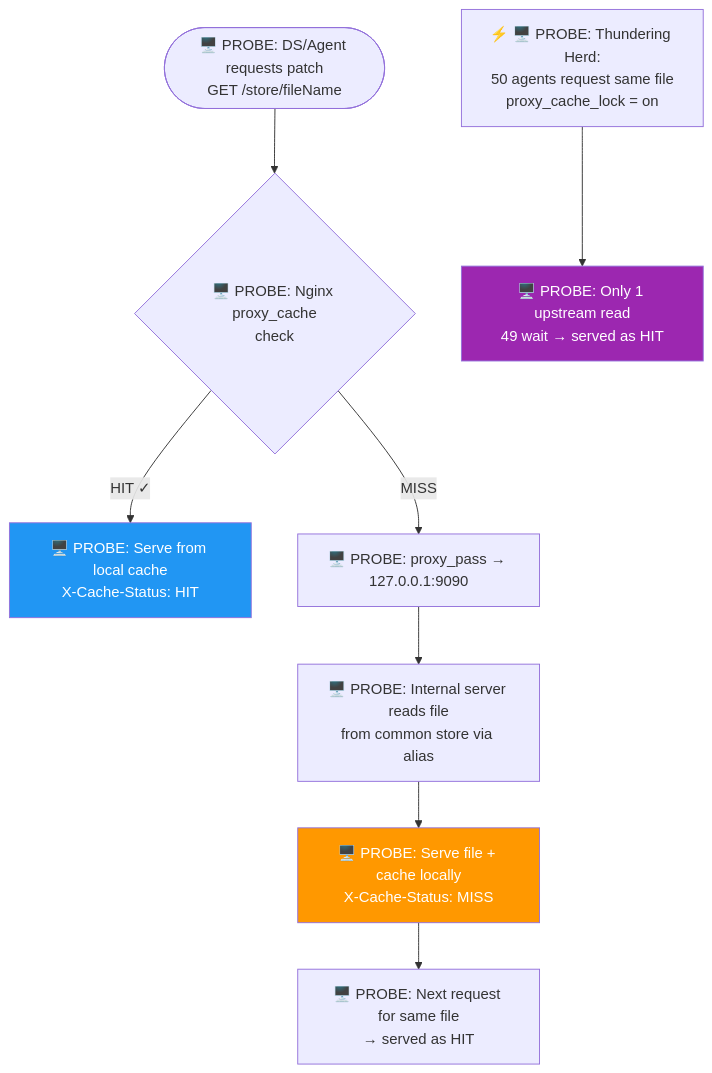
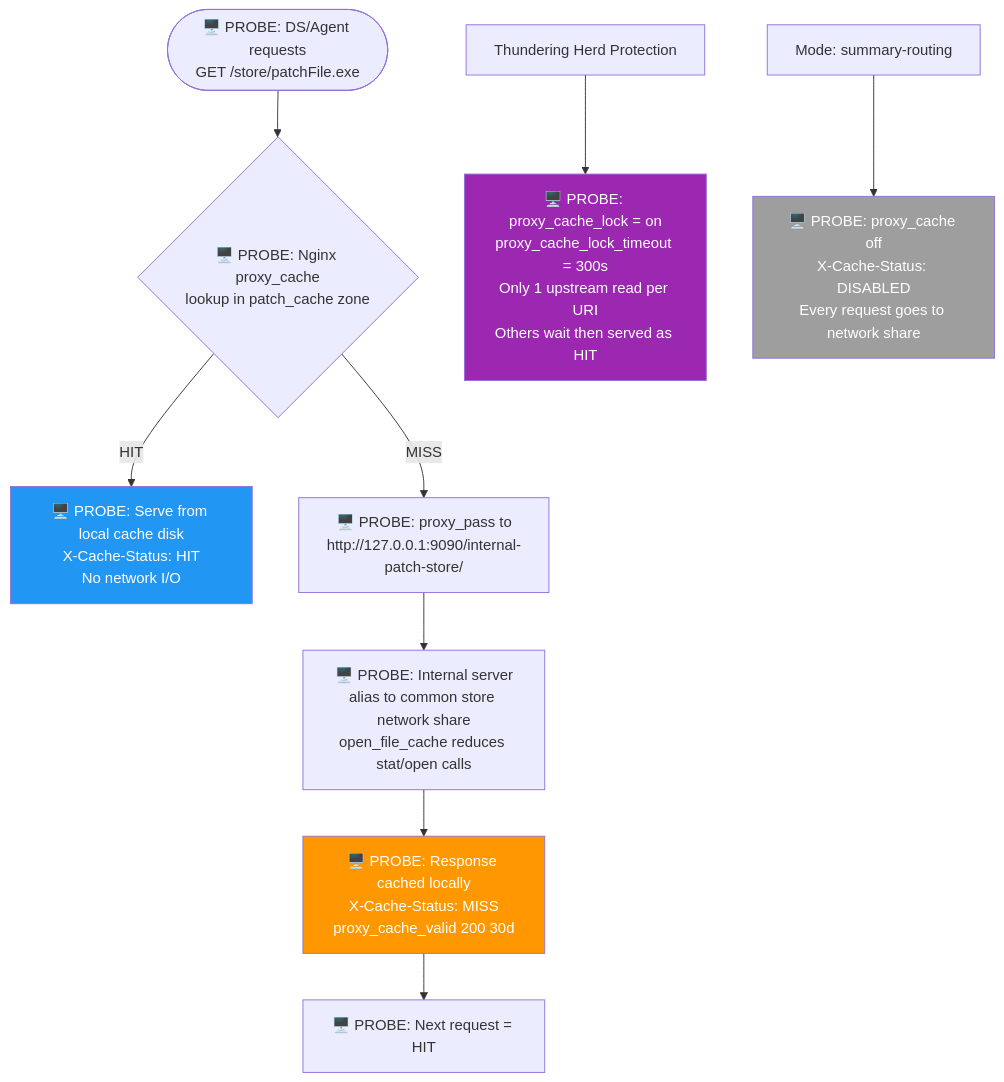
Diagram 15 of 31 in use-case-diagrams.md (ranjithkumar-a-23525/RebaseEx), drawn with Mermaid before and after one commit. The commit also changed other lines of this file, not shown here.

````diff
--- a/use-case-diagrams.md
+++ b/use-case-diagrams.md
@@ -289,15 +326,18 @@
 ```mermaid
 flowchart TD
-    A(["🖥️ PROBE: DS/Agent requests patch<br/>GET /store/fileName"]) --> B{"🖥️ PROBE: Nginx proxy_cache<br/>check"}
-    B -->|"HIT ✓"| C["🖥️ PROBE: Serve from local cache<br/>X-Cache-Status: HIT"]
-    B -->|MISS| D["🖥️ PROBE: proxy_pass → 127.0.0.1:9090"]
-    D --> E["🖥️ PROBE: Internal server reads file<br/>from common store via alias"]
-    E --> F["🖥️ PROBE: Serve file + cache locally<br/>X-Cache-Status: MISS"]
-    F --> G["🖥️ PROBE: Next request for same file<br/>→ served as HIT"]
+    A(["🖥️ PROBE: DS/Agent requests<br/>GET /store/patchFile.exe"]) --> B{"🖥️ PROBE: Nginx proxy_cache<br/>lookup in patch_cache zone"}
+    B -->|"HIT"| C["🖥️ PROBE: Serve from local cache disk<br/>X-Cache-Status: HIT<br/>No network I/O"]
+    B -->|"MISS"| D["🖥️ PROBE: proxy_pass to<br/>http://127.0.0.1:9090/internal-patch-store/"]
+    D --> E["🖥️ PROBE: Internal server<br/>alias to common store network share<br/>open_file_cache reduces stat/open calls"]
+    E --> F["🖥️ PROBE: Response cached locally<br/>X-Cache-Status: MISS<br/>proxy_cache_valid 200 30d"]
+    F --> G["🖥️ PROBE: Next request = HIT"]
 
-    H["⚡ 🖥️ PROBE: Thundering Herd:<br/>50 agents request same file<br/>proxy_cache_lock = on"] --> I["🖥️ PROBE: Only 1 upstream read<br/>49 wait → served as HIT"]
+    H["Thundering Herd Protection"] --> I["🖥️ PROBE: proxy_cache_lock = on<br/>proxy_cache_lock_timeout = 300s<br/>Only 1 upstream read per URI<br/>Others wait then served as HIT"]
+
+    J["Mode: summary-routing"] --> K["🖥️ PROBE: proxy_cache off<br/>X-Cache-Status: DISABLED<br/>Every request goes to network share"]
 
     style C fill:#2196F3,color:#fff
     style F fill:#FF9800,color:#fff
     style I fill:#9C27B0,color:#fff
+    style K fill:#9E9E9E,color:#fff
 ```
````
